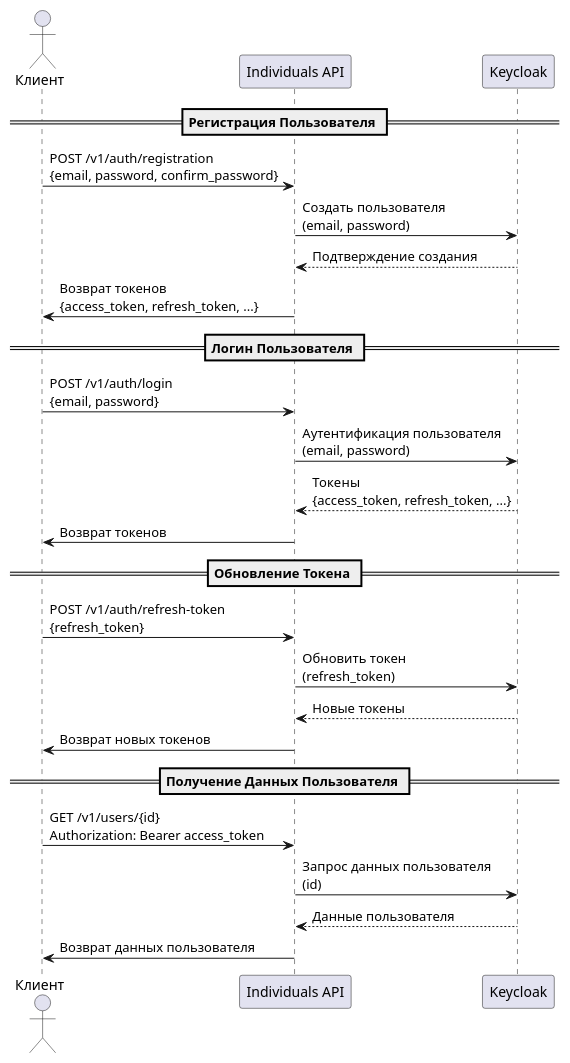
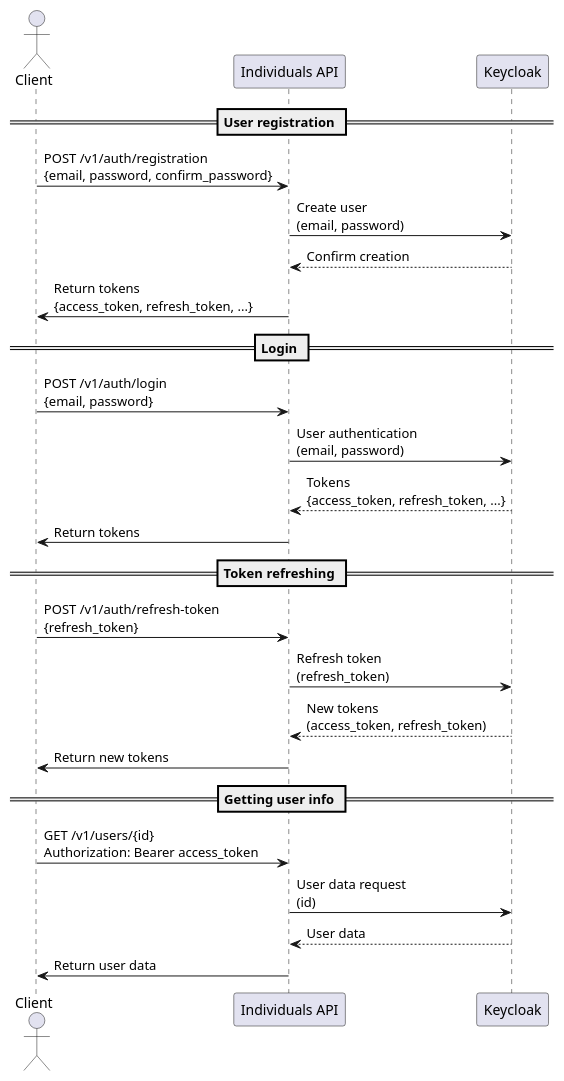
One commit to MelnykVL/fin-tech-app changed the diagram in docs/architecture/individuals-api-sec.puml. Above: the diagram before and after it, drawn with PlantUML.

Commit message:
Translated individuals-api-sec.puml into english

```diff
--- a/docs/architecture/individuals-api-sec.puml
+++ b/docs/architecture/individuals-api-sec.puml
@@ -1,29 +1,29 @@
 @startuml
-actor Клиент
+actor Client
 participant "Individuals API" as API
 participant "Keycloak" as KC
 
-== Регистрация Пользователя ==
-Клиент -> API: POST /v1/auth/registration\n{email, password, confirm_password}
-API -> KC: Создать пользователя\n(email, password)
-KC --> API: Подтверждение создания
-API -> Клиент: Возврат токенов\n{access_token, refresh_token, ...}
+== User registration ==
+Client -> API: POST /v1/auth/registration\n{email, password, confirm_password}
+API -> KC: Create user\n(email, password)
+KC --> API: Confirm creation
+API -> Client: Return tokens\n{access_token, refresh_token, ...}
 
-== Логин Пользователя ==
-Клиент -> API: POST /v1/auth/login\n{email, password}
-API -> KC: Аутентификация пользователя\n(email, password)
-KC --> API: Токены\n{access_token, refresh_token, ...}
-API -> Клиент: Возврат токенов
+== Login ==
+Client -> API: POST /v1/auth/login\n{email, password}
+API -> KC: User authentication\n(email, password)
+KC --> API: Tokens\n{access_token, refresh_token, ...}
+API -> Client: Return tokens
 
-== Обновление Токена ==
-Клиент -> API: POST /v1/auth/refresh-token\n{refresh_token}
-API -> KC: Обновить токен\n(refresh_token)
-KC --> API: Новые токены
-API -> Клиент: Возврат новых токенов
+== Token refreshing ==
+Client -> API: POST /v1/auth/refresh-token\n{refresh_token}
+API -> KC: Refresh token\n(refresh_token)
+KC --> API: New tokens\n(access_token, refresh_token)
+API -> Client: Return new tokens
 
-== Получение Данных Пользователя ==
-Клиент -> API: GET /v1/users/{id}\nAuthorization: Bearer access_token
-API -> KC: Запрос данных пользователя\n(id)
-KC --> API: Данные пользователя
-API -> Клиент: Возврат данных пользователя
+== Getting user info ==
+Client -> API: GET /v1/users/{id}\nAuthorization: Bearer access_token
+API -> KC: User data request\n(id)
+KC --> API: User data
+API -> Client: Return user data
 @enduml
```
